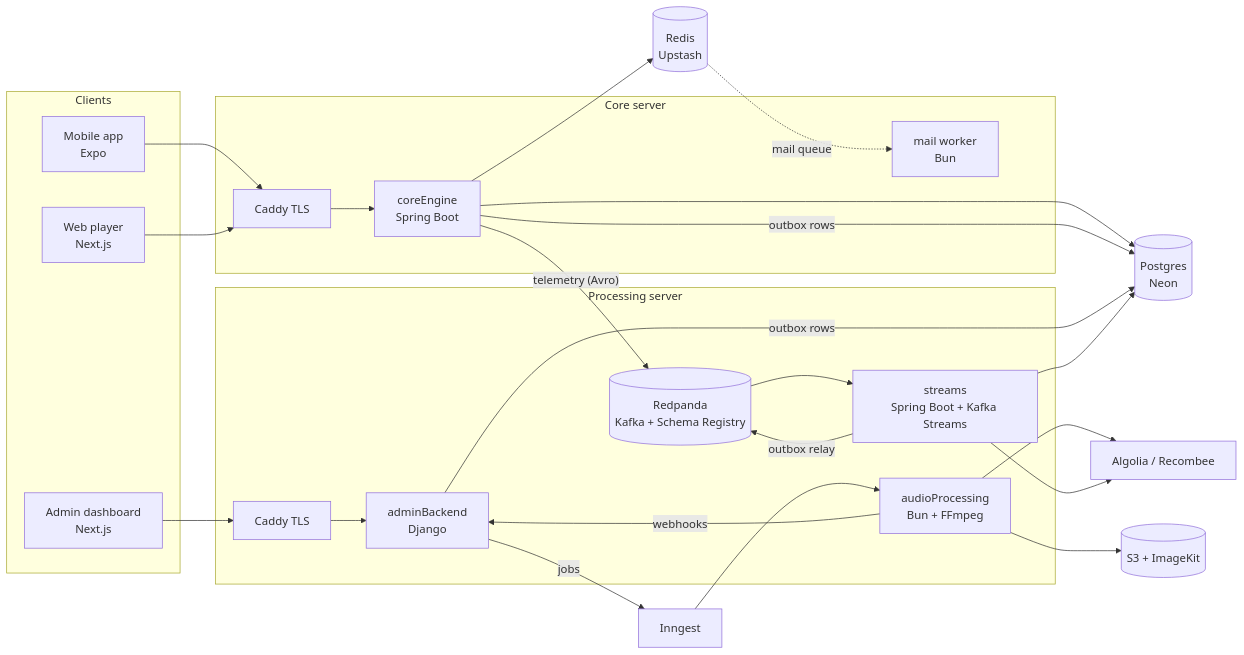
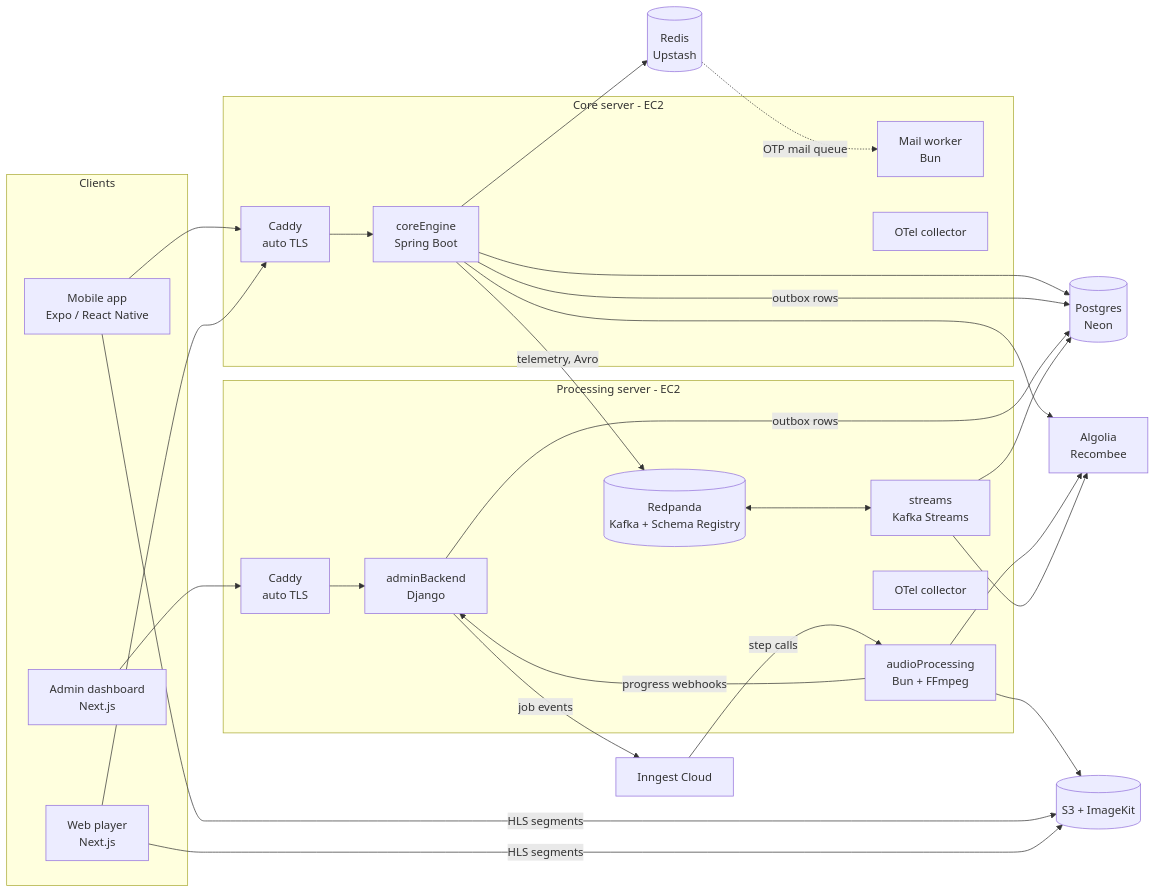
One commit to karankumar786786/AudioMelodySpringboot changed the first of 3 diagrams in README.md. Above: the diagram before and after it, drawn with Mermaid. The commit also changed other lines of this file, not shown here.

````diff
--- a/README.md
+++ b/README.md
@@ -27,41 +93,43 @@
 ```mermaid
 flowchart LR
   subgraph Clients
-    app[Mobile app<br/>Expo]
+    app[Mobile app<br/>Expo / React Native]
     web[Web player<br/>Next.js]
     adminui[Admin dashboard<br/>Next.js]
   end
 
-  subgraph core_server [Core server]
-    caddy1[Caddy TLS]
+  subgraph core_server [Core server - EC2]
+    caddy1[Caddy<br/>auto TLS]
     core[coreEngine<br/>Spring Boot]
-    mail[mail worker<br/>Bun]
+    mail[Mail worker<br/>Bun]
+    otel1[OTel collector]
   end
 
-  subgraph processing_server [Processing server]
-    caddy2[Caddy TLS]
+  subgraph processing_server [Processing server - EC2]
+    caddy2[Caddy<br/>auto TLS]
     admin[adminBackend<br/>Django]
     proc[audioProcessing<br/>Bun + FFmpeg]
     rp[(Redpanda<br/>Kafka + Schema Registry)]
-    streams[streams<br/>Spring Boot + Kafka Streams]
+    streams[streams<br/>Kafka Streams]
+    otel2[OTel collector]
   end
 
   pg[(Postgres<br/>Neon)]
   redis[(Redis<br/>Upstash)]
   s3[(S3 + ImageKit)]
-  inngest[Inngest]
-  ext[Algolia / Recombee]
+  inngest[Inngest Cloud]
+  ext[Algolia<br/>Recombee]
 
   app & web --> caddy1 --> core
   adminui --> caddy2 --> admin
-  core --> pg & redis
-  core -- telemetry (Avro) --> rp
+  core --> pg & redis & ext
+  core -- telemetry, Avro --> rp
   core & admin -- outbox rows --> pg
-  admin -- jobs --> inngest --> proc
+  admin -- job events --> inngest -- step calls --> proc
   proc --> s3 & ext
-  proc -- webhooks --> admin
-  streams -- outbox relay --> rp
-  rp --> streams
+  proc -- progress webhooks --> admin
+  rp <--> streams
   streams --> pg & ext
-  redis -. mail queue .-> mail
+  redis -. OTP mail queue .-> mail
+  app & web -- HLS segments --> s3
 ```
````
